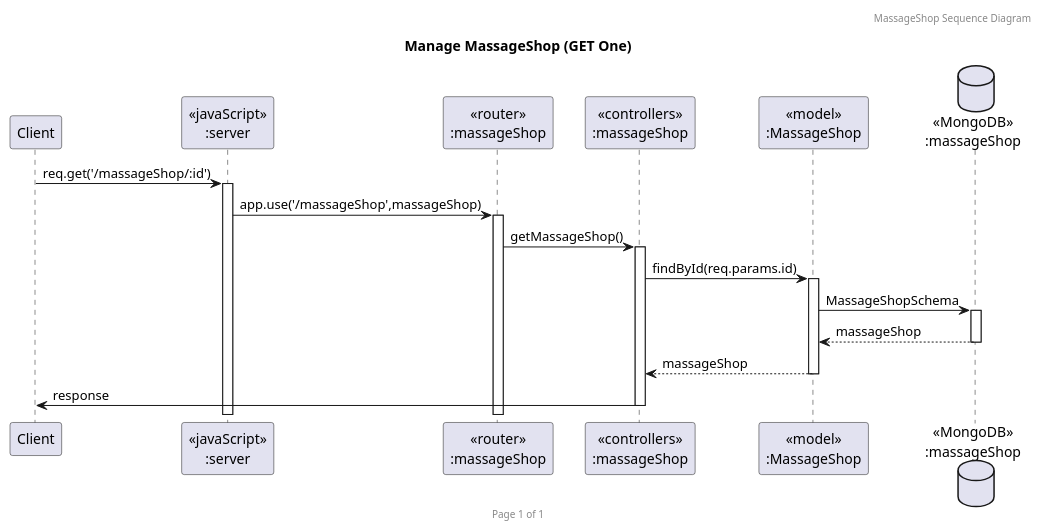
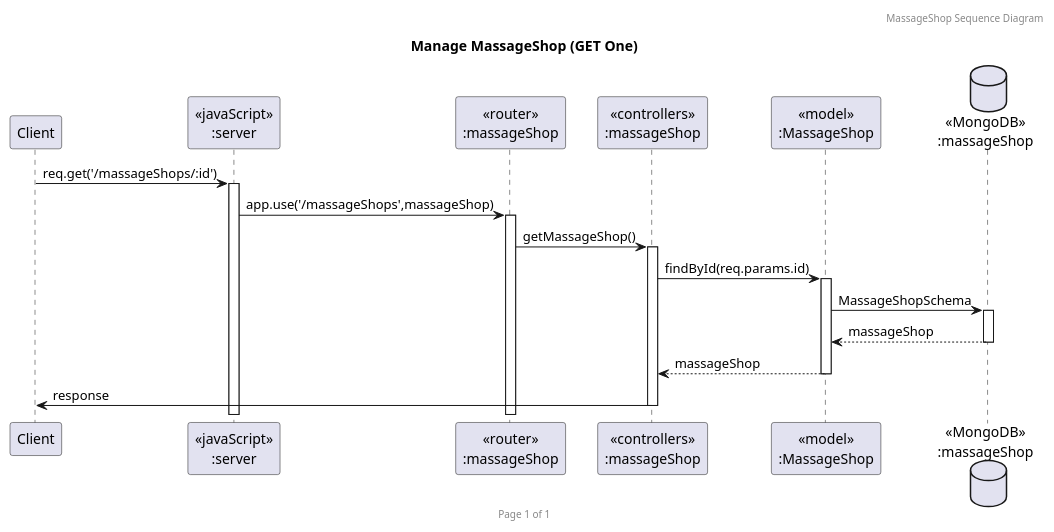
Before and after one commit to 2110503TACEDT66/presentation-day-1-kalaeksi-phloeng-rachan: the diagram in uml/SequenceDiagram/MassageShop/get.puml, drawn with PlantUML. The commit also changed 9 other files, not shown here.

Commit message:
fix uml diagram

```diff
--- a/uml/SequenceDiagram/MassageShop/get.puml
+++ b/uml/SequenceDiagram/MassageShop/get.puml
@@ -1,27 +1,27 @@
 @startuml Manage MassageShop (GET One)
 
 
 header MassageShop Sequence Diagram
 footer Page %page% of %lastpage%
 title "Manage MassageShop (GET One)"
 
 
 participant "Client" as client
 participant "<<javaScript>>\n:server" as server
 participant "<<router>>\n:massageShop" as routerMassageShops
 participant "<<controllers>>\n:massageShop" as controllersMassageShops
 participant "<<model>>\n:MassageShop" as modelMassageShop
 database "<<MongoDB>>\n:massageShop" as MassageShopsDatabase
 
 
-client->server ++:req.get('/massageShop/:id')
-server->routerMassageShops ++:app.use('/massageShop',massageShop)
+client->server ++:req.get('/massageShops/:id')
+server->routerMassageShops ++:app.use('/massageShops',massageShop)
 routerMassageShops -> controllersMassageShops ++:getMassageShop()
 controllersMassageShops->modelMassageShop ++:findById(req.params.id)
 modelMassageShop ->MassageShopsDatabase ++: MassageShopSchema
 MassageShopsDatabase --> modelMassageShop --: massageShop
 controllersMassageShops <-- modelMassageShop --:massageShop
 controllersMassageShops->client --:response
 
 
 @enduml
```
